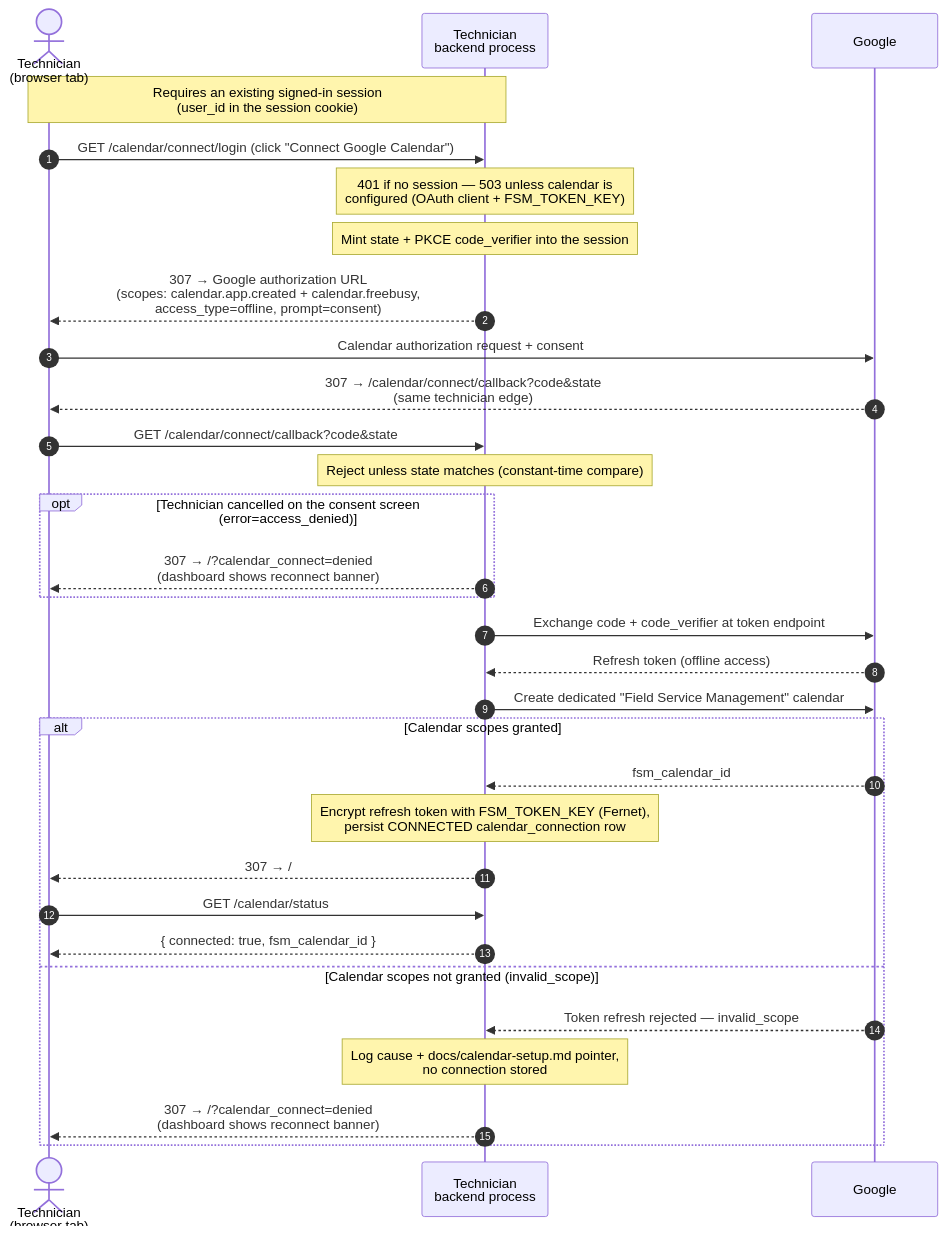
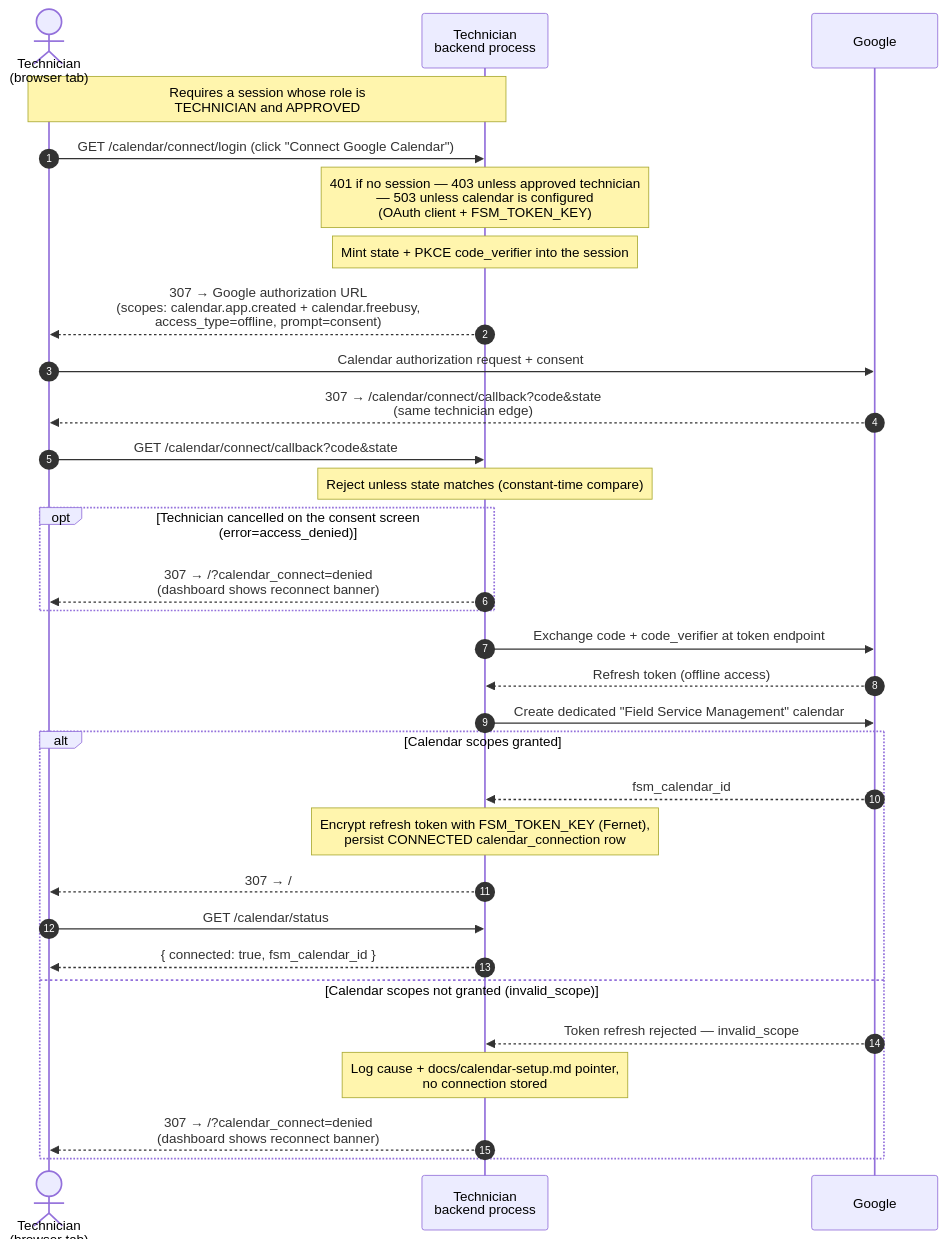
One commit to erancha/field-service-management changed the second of 4 diagrams in docs/auth-and-communication.md. Above: the diagram before and after it, drawn with Mermaid. The commit also changed other lines of this file and 6 other files, not shown here.

First line of the commit message:
Correct documentation that contradicted the shipped schema, auth gate, and port contracts

````diff
--- a/docs/auth-and-communication.md
+++ b/docs/auth-and-communication.md
@@ -106,34 +108,34 @@
 ```mermaid
 sequenceDiagram
     autonumber
     actor T as Technician<br/>(browser tab)
     participant BE as Technician<br/>backend process
     participant G as Google
 
-    Note over T,BE: Requires an existing signed-in session<br/>(user_id in the session cookie)
+    Note over T,BE: Requires a session whose role is<br/>TECHNICIAN and APPROVED
     T->>BE: GET /calendar/connect/login (click "Connect Google Calendar")
-    Note over BE: 401 if no session — 503 unless calendar is<br/>configured (OAuth client + FSM_TOKEN_KEY)
+    Note over BE: 401 if no session — 403 unless approved technician<br/>— 503 unless calendar is configured<br/>(OAuth client + FSM_TOKEN_KEY)
     Note over BE: Mint state + PKCE code_verifier into the session
     BE-->>T: 307 → Google authorization URL<br/>(scopes: calendar.app.created + calendar.freebusy,<br/>access_type=offline, prompt=consent)
     T->>G: Calendar authorization request + consent
     G-->>T: 307 → /calendar/connect/callback?code&state<br/>(same technician edge)
     T->>BE: GET /calendar/connect/callback?code&state
     Note over BE: Reject unless state matches (constant-time compare)
     opt Technician cancelled on the consent screen (error=access_denied)
         BE-->>T: 307 → /?calendar_connect=denied<br/>(dashboard shows reconnect banner)
     end
     BE->>G: Exchange code + code_verifier at token endpoint
     G-->>BE: Refresh token (offline access)
     BE->>G: Create dedicated "Field Service Management" calendar
     alt Calendar scopes granted
         G-->>BE: fsm_calendar_id
         Note over BE: Encrypt refresh token with FSM_TOKEN_KEY (Fernet),<br/>persist CONNECTED calendar_connection row
         BE-->>T: 307 → /
         T->>BE: GET /calendar/status
         BE-->>T: { connected: true, fsm_calendar_id }
     else Calendar scopes not granted (invalid_scope)
         G-->>BE: Token refresh rejected — invalid_scope
         Note over BE: Log cause + docs/calendar-setup.md pointer,<br/>no connection stored
         BE-->>T: 307 → /?calendar_connect=denied<br/>(dashboard shows reconnect banner)
     end
 ```
````
